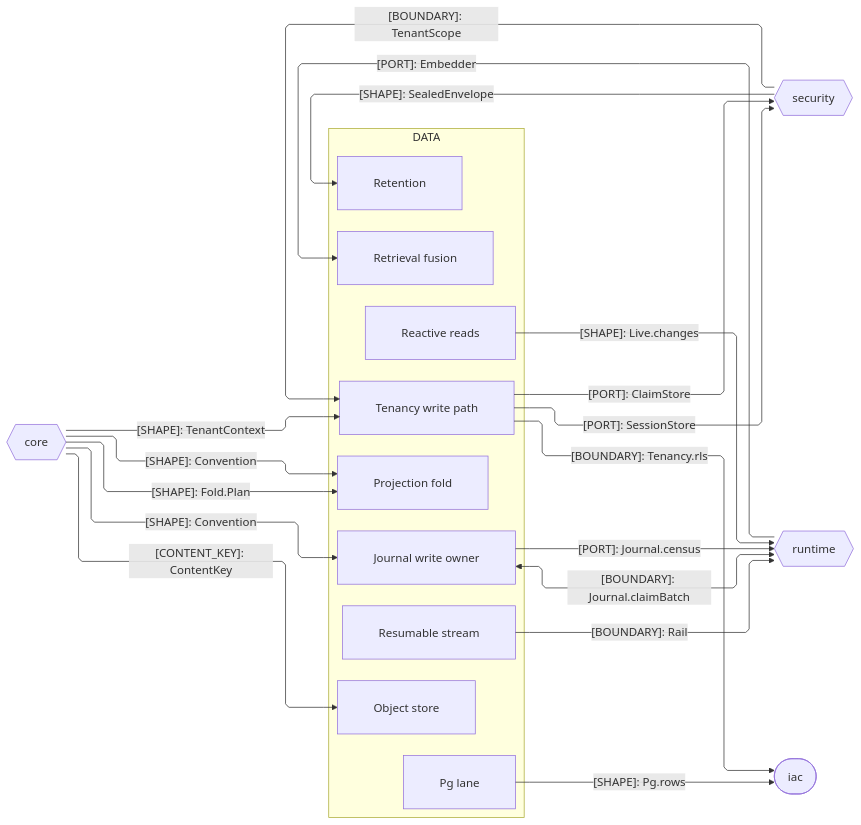
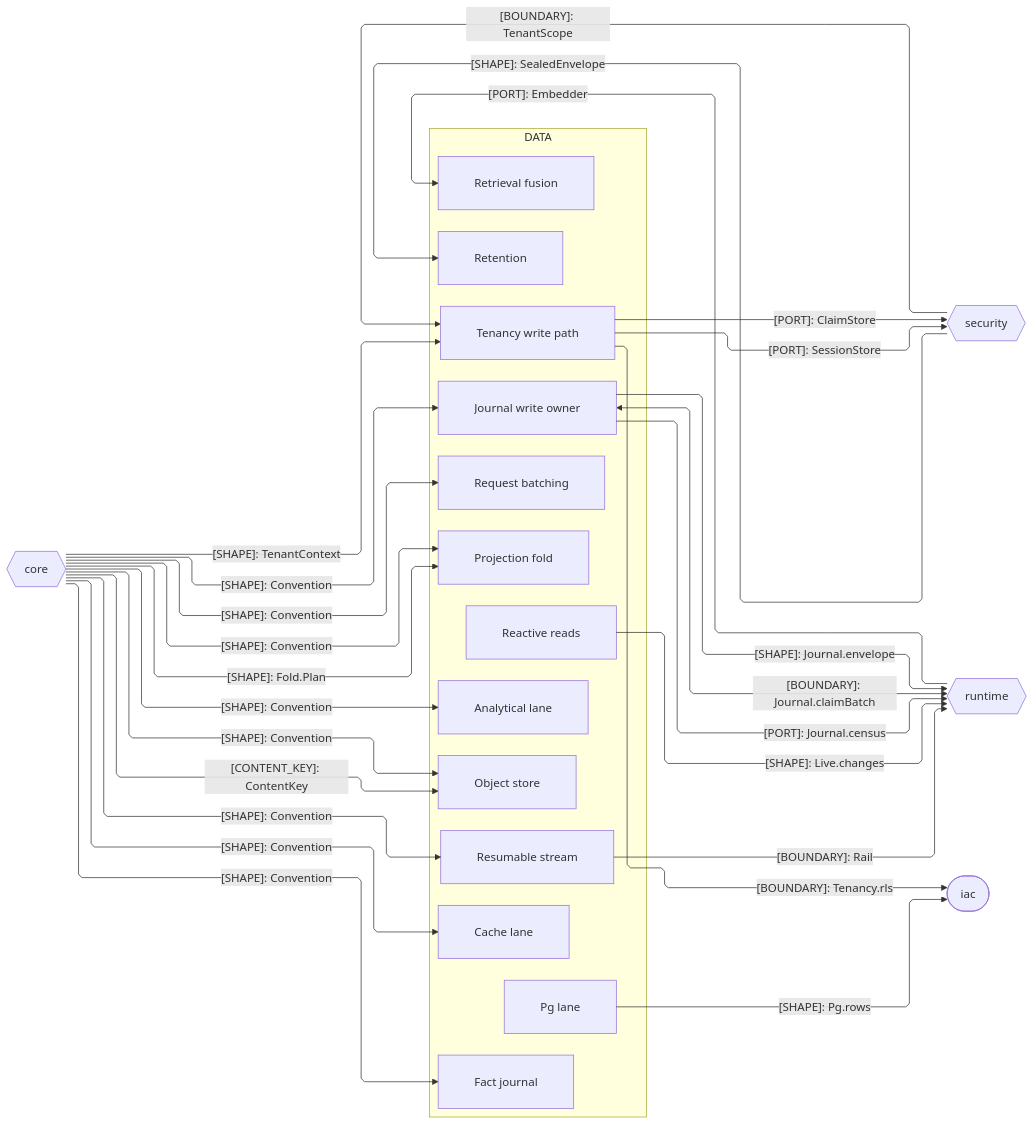
The second of 2 diagrams in libs/typescript/data/ARCHITECTURE.md (bsamiee/Rasm), drawn with Mermaid before and after one commit. The commit also changed other lines of this file and 195 other files, not shown here.

````diff
--- a/libs/typescript/data/ARCHITECTURE.md
+++ b/libs/typescript/data/ARCHITECTURE.md
@@ -97,43 +99,54 @@
 ```mermaid
 ---
 config:
   layout: elk
   flowchart:
     curve: linear
     padding: 25
 ---
 flowchart LR
     accTitle: Data package seam registry
-    accDescr: Data sub-domain owners exchanging content keys, tenancy, custody, and reactive shapes with the core, security, runtime, and IaC packages, edge rails colored by kind and nodes classed by seam direction.
+    accDescr: Data sub-domain owners exchanging content keys, tenancy, custody, reactive shapes, Convention instrument vocabulary, and the CloudEvents envelope with the core, security, runtime, and IaC packages, edge rails colored by kind and nodes classed by seam direction.
     subgraph data[DATA]
         Fold[Projection fold]
         Store[Object store]
         Tenant[Tenancy write path]
         Retain[Retention]
         Append[Journal write owner]
         Live[Reactive reads]
         Stream[Resumable stream]
         Search[Retrieval fusion]
         Postgres[Pg lane]
+        Fact[Fact journal]
+        Batch[Request batching]
+        Cache[Cache lane]
+        Olap[Analytical lane]
     end
     Core{{core}}
     Security{{security}}
     Runtime{{runtime}}
     Iac([iac])
     Core e1@-->|"[SHAPE]: Fold.Plan"| Fold
     Core e2@-->|"[CONTENT_KEY]: ContentKey"| Store
     Core e3@-->|"[SHAPE]: TenantContext"| Tenant
     Tenant e4@-->|"[PORT]: SessionStore"| Security
     Security e5@-->|"[BOUNDARY]: TenantScope"| Tenant
     Security e6@-->|"[SHAPE]: SealedEnvelope"| Retain
     Append e7@<-->|"[BOUNDARY]: Journal.claimBatch"| Runtime
     Live e8@-->|"[SHAPE]: Live.changes"| Runtime
     Stream e9@-->|"[BOUNDARY]: Rail"| Runtime
     Runtime e10@-->|"[PORT]: Embedder"| Search
     Postgres e11@-->|"[SHAPE]: Pg.rows"| Iac
     Tenant e12@-->|"[BOUNDARY]: Tenancy.rls"| Iac
     Core e13@-->|"[SHAPE]: Convention"| Append
     Core e14@-->|"[SHAPE]: Convention"| Fold
     Append e15@-->|"[PORT]: Journal.census"| Runtime
     Tenant e16@-->|"[PORT]: ClaimStore"| Security
+    Core e17@-->|"[SHAPE]: Convention"| Fact
+    Core e18@-->|"[SHAPE]: Convention"| Batch
+    Core e19@-->|"[SHAPE]: Convention"| Store
+    Core e20@-->|"[SHAPE]: Convention"| Stream
+    Core e21@-->|"[SHAPE]: Convention"| Cache
+    Core e22@-->|"[SHAPE]: Convention"| Olap
+    Append e23@-->|"[SHAPE]: Journal.envelope"| Runtime
 ```
````
